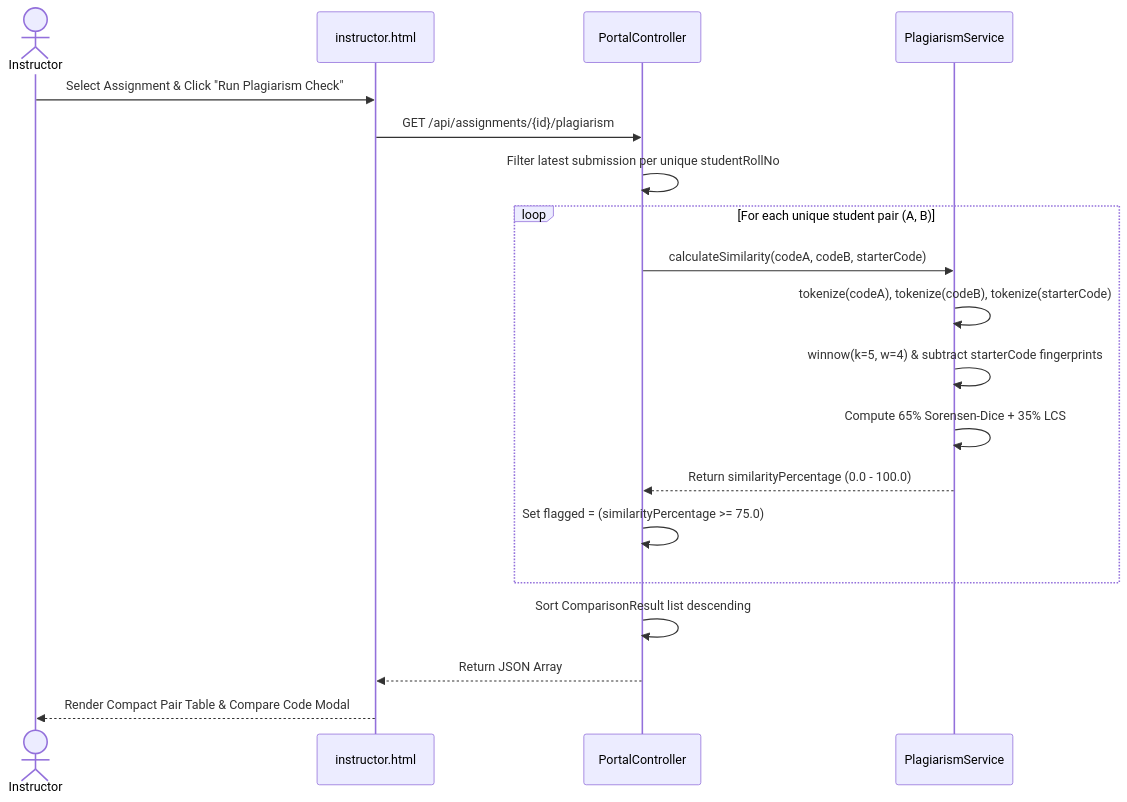
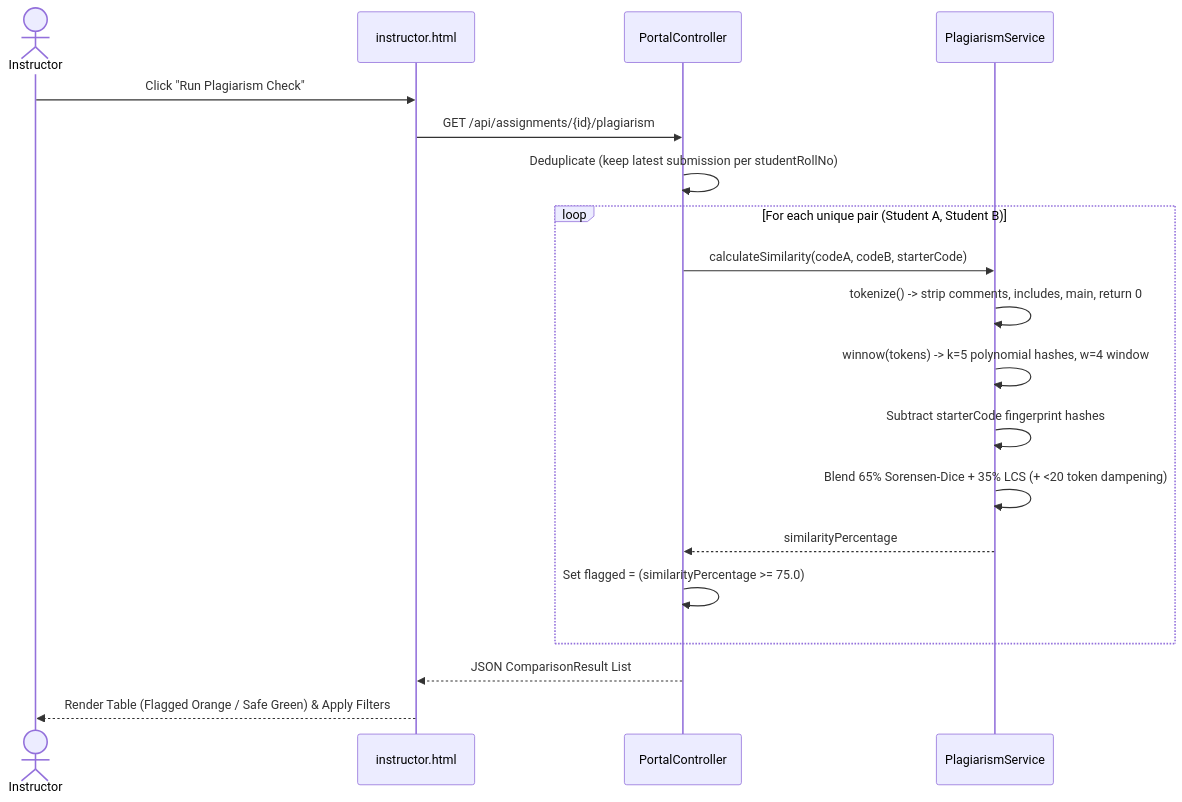
One commit to harjasbb07-eng/YOLO changed the fourth of 5 diagrams in docs/System_Design_Diagrams.md. Above: the diagram before and after it, drawn with Mermaid. The commit also changed other lines of this file and 2 other files, not shown here.

Commit message:
docs: align CFG complexity (V=9), tokenizer rules, winnow signature, and diagrams with code

````diff
--- a/docs/System_Design_Diagrams.md
+++ b/docs/System_Design_Diagrams.md
@@ -92,22 +127,22 @@
 ```mermaid
 sequenceDiagram
-    actor I as Instructor
+    actor Instructor
     participant UI as instructor.html
-    participant C as PortalController
-    participant P as PlagiarismService
+    participant API as PortalController
+    participant Plag as PlagiarismService
 
-    I->>UI: Select Assignment & Click "Run Plagiarism Check"
-    UI->>C: GET /api/assignments/{id}/plagiarism
-    C->>C: Filter latest submission per unique studentRollNo
-    loop For each unique student pair (A, B)
-        C->>P: calculateSimilarity(codeA, codeB, starterCode)
-        P->>P: tokenize(codeA), tokenize(codeB), tokenize(starterCode)
-        P->>P: winnow(k=5, w=4) & subtract starterCode fingerprints
-        P->>P: Compute 65% Sorensen-Dice + 35% LCS
-        P-->>C: Return similarityPercentage (0.0 - 100.0)
-        C->>C: Set flagged = (similarityPercentage >= 75.0)
+    Instructor->>UI: Click "Run Plagiarism Check"
+    UI->>API: GET /api/assignments/{id}/plagiarism
+    API->>API: Deduplicate (keep latest submission per studentRollNo)
+    loop For each unique pair (Student A, Student B)
+        API->>Plag: calculateSimilarity(codeA, codeB, starterCode)
+        Plag->>Plag: tokenize() -> strip comments, includes, main, return 0
+        Plag->>Plag: winnow(tokens) -> k=5 polynomial hashes, w=4 window
+        Plag->>Plag: Subtract starterCode fingerprint hashes
+        Plag->>Plag: Blend 65% Sorensen-Dice + 35% LCS (+ <20 token dampening)
+        Plag-->>API: similarityPercentage
+        API->>API: Set flagged = (similarityPercentage >= 75.0)
     end
-    C->>C: Sort ComparisonResult list descending
-    C-->>UI: Return JSON Array
-    UI-->>I: Render Compact Pair Table & Compare Code Modal
+    API-->>UI: JSON ComparisonResult List
+    UI-->>Instructor: Render Table (Flagged Orange / Safe Green) & Apply Filters
 ```
````
